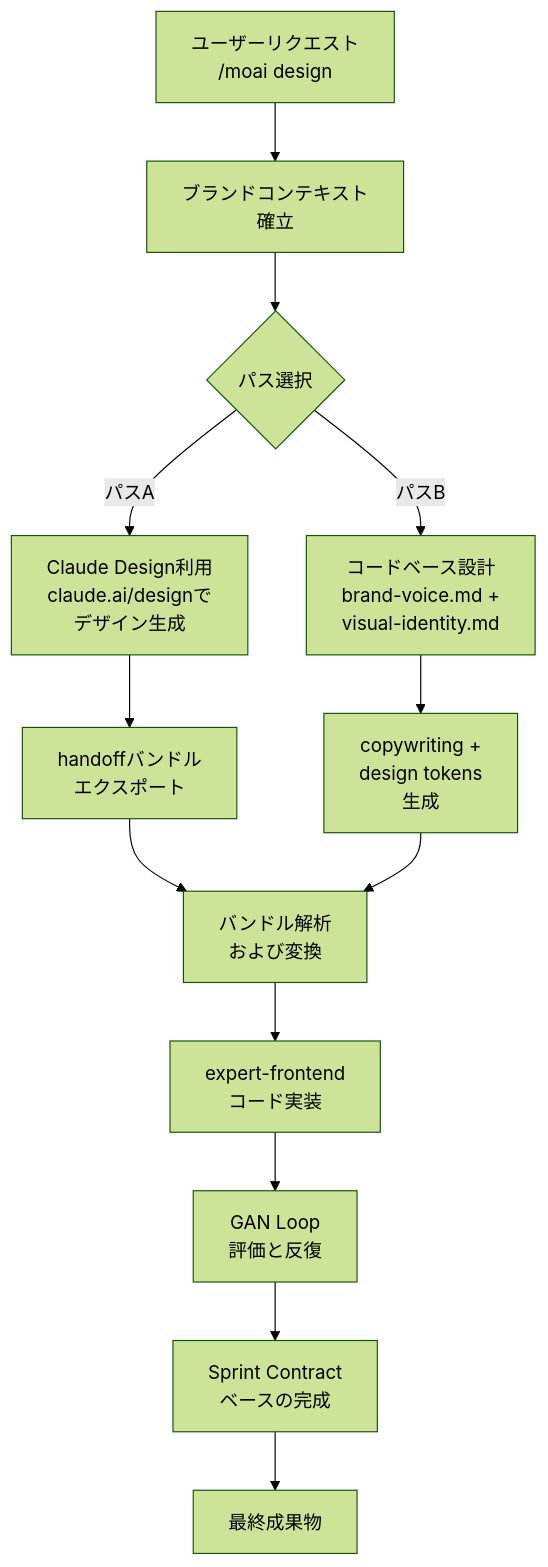
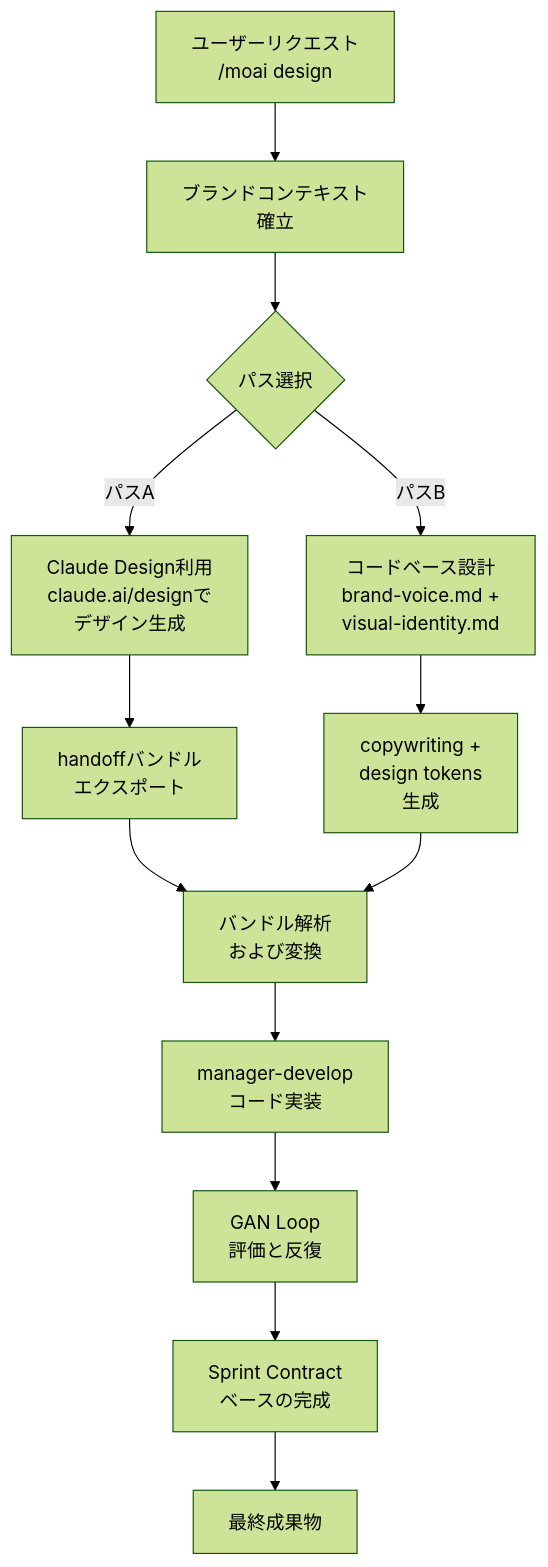
One commit to modu-ai/moai-adk changed the diagram in docs-site/content/ja/design/_index.md. Above: the diagram before and after it, drawn with Mermaid (forest theme). The commit also changed 153 other files, not shown here.

````diff
--- a/docs-site/content/ja/design/_index.md
+++ b/docs-site/content/ja/design/_index.md
@@ -14,15 +14,15 @@
 ```mermaid
 flowchart TD
     A["ユーザーリクエスト<br>/moai design"] --> B["ブランドコンテキスト<br>確立"]
     B --> C{パス選択}
     C -->|パスA| D["Claude Design利用<br>claude.ai/designで<br>デザイン生成"]
     C -->|パスB| E["コードベース設計<br>brand-voice.md +<br>visual-identity.md"]
     D --> F["handoffバンドル<br>エクスポート"]
     E --> G["copywriting +<br>design tokens<br>生成"]
     F --> H["バンドル解析<br>および変換"]
     G --> H
-    H --> I["expert-frontend<br>コード実装"]
+    H --> I["manager-develop<br>コード実装"]
     I --> J["GAN Loop<br>評価と反復"]
     J --> K["Sprint Contract<br>ベースの完成"]
     K --> L["最終成果物"]
 ```
````
